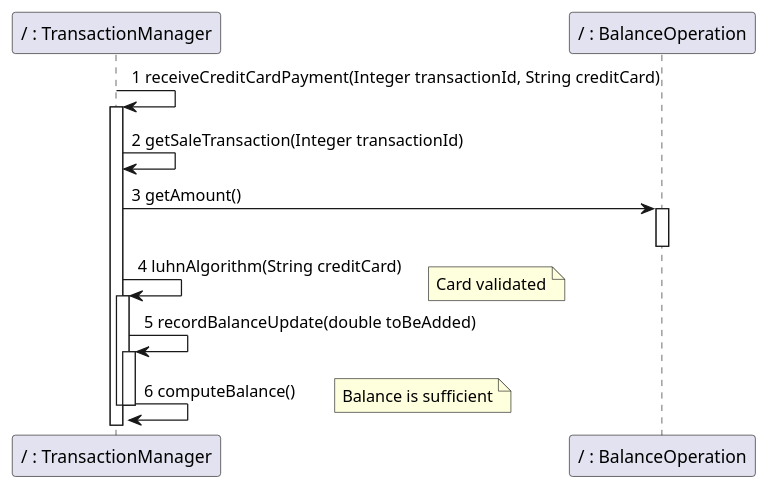
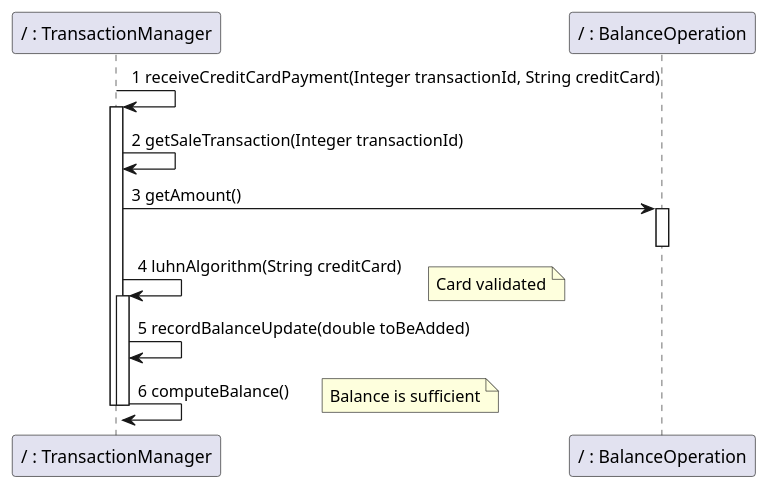
Before and after one commit to nicolabattaglino/ezshop: diagram 31 of 32 in Deliverables/DesignDocument.md, drawn with PlantUML.

Commit message:
formatting

````diff
--- a/Deliverables/DesignDocument.md
+++ b/Deliverables/DesignDocument.md
@@ -1436,24 +1436,23 @@
 ```plantuml
 @startuml
 
 
 participant "/ : TransactionManager" as TransactionManager
 participant "/ : BalanceOperation" as BalanceOperation
 TransactionManager -> TransactionManager:1 receiveCreditCardPayment(Integer transactionId, String creditCard)
 activate TransactionManager
 TransactionManager-> TransactionManager:2 getSaleTransaction(Integer transactionId)
 TransactionManager-> BalanceOperation:3 getAmount()
 activate BalanceOperation
 deactivate BalanceOperation
 TransactionManager -> TransactionManager:4 luhnAlgorithm(String creditCard)
 activate TransactionManager
 note right : Card validated
 TransactionManager -> TransactionManager:5 recordBalanceUpdate(double toBeAdded)
-activate TransactionManager
 TransactionManager -> TransactionManager:6 computeBalance()
 deactivate TransactionManager
 note right: Balance is sufficient
 deactivate TransactionManager
 
 @enduml
 ```
````
